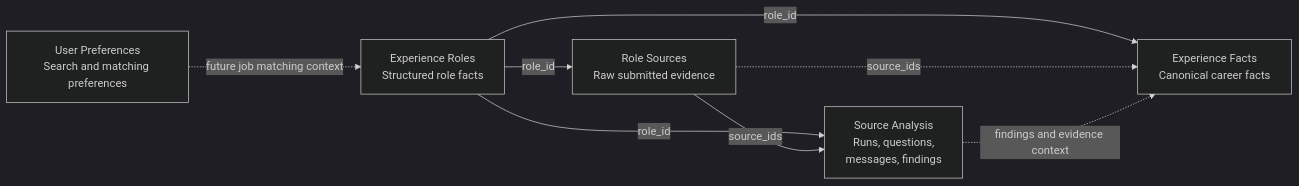
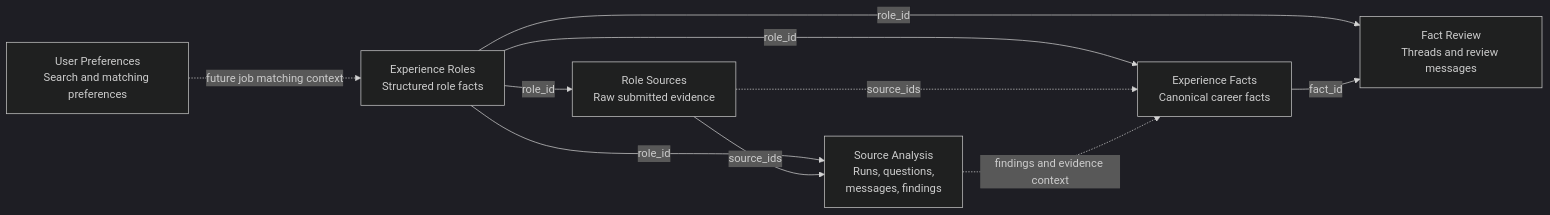
Before and after one commit to rsauers0/career-agent: the first of 8 diagrams in docs/diagrams.md, drawn with Mermaid (dark theme). The commit also changed other lines of this file and 17 other files, not shown here.

First line of the commit message:
feat: add fact review workflow artifacts

````diff
--- a/docs/diagrams.md
+++ b/docs/diagrams.md
@@ -12,17 +12,20 @@
 ```mermaid
 flowchart LR
     UserPreferences["User Preferences<br/>Search and matching preferences"]
     ExperienceRoles["Experience Roles<br/>Structured role facts"]
     RoleSources["Role Sources<br/>Raw submitted evidence"]
     SourceAnalysis["Source Analysis<br/>Runs, questions,<br/>messages, findings"]
     ExperienceFacts["Experience Facts<br/>Canonical career facts"]
+    FactReview["Fact Review<br/>Threads and review messages"]
 
     ExperienceRoles -->|"role_id"| RoleSources
     ExperienceRoles -->|"role_id"| SourceAnalysis
     RoleSources -->|"source_ids"| SourceAnalysis
     ExperienceRoles -->|"role_id"| ExperienceFacts
+    ExperienceRoles -->|"role_id"| FactReview
+    ExperienceFacts -->|"fact_id"| FactReview
     RoleSources -. "source_ids" .-> ExperienceFacts
     SourceAnalysis -. "findings and evidence context" .-> ExperienceFacts
 
     UserPreferences -. "future job matching context" .-> ExperienceRoles
 ```
````
